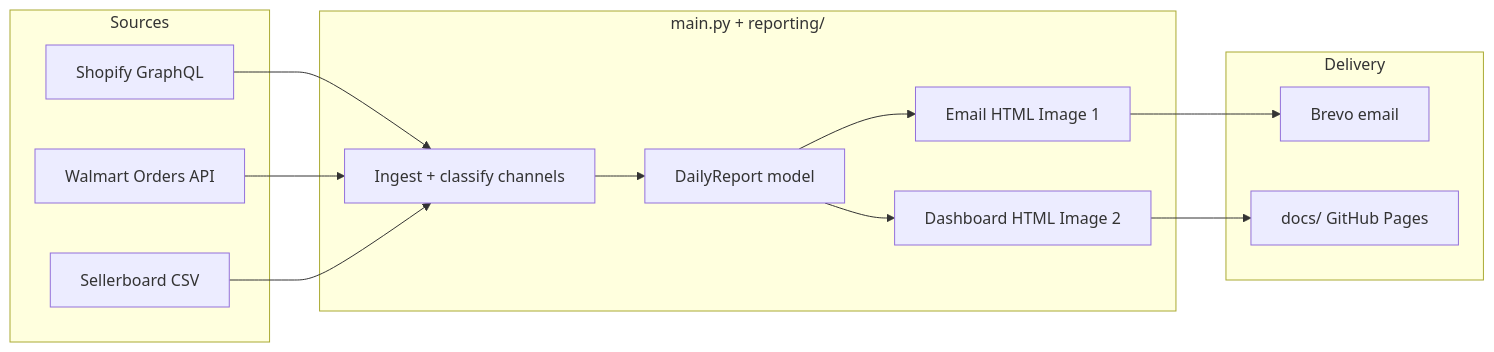
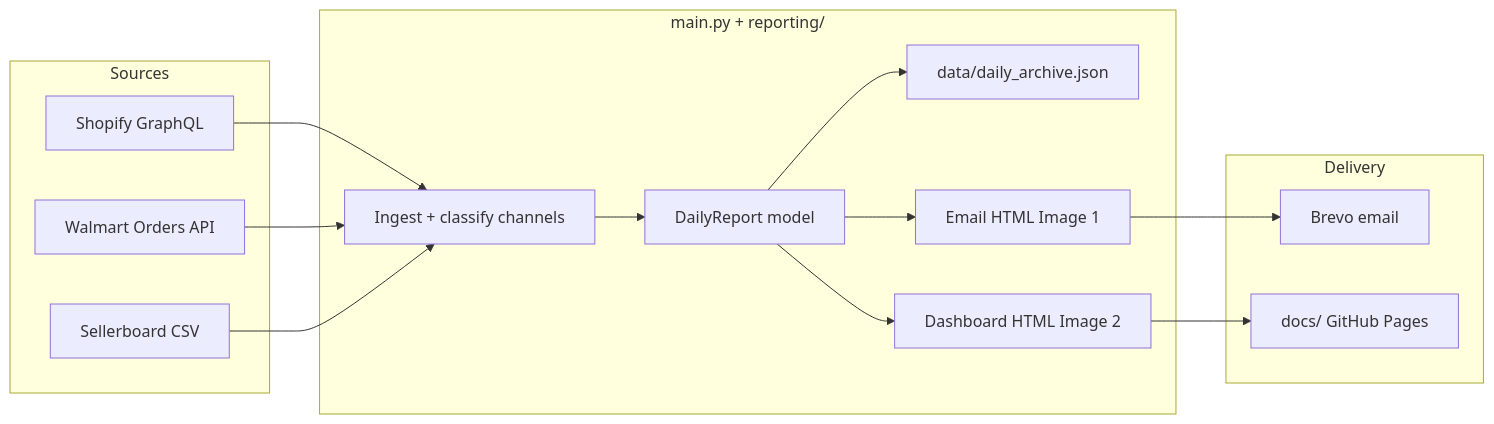
Before and after one commit to mg22mex/Daily-revenue-by-sales-platform: the diagram in README.md, drawn with Mermaid. The commit also changed other lines of this file and 6 other files, not shown here.

````diff
--- a/README.md
+++ b/README.md
@@ -27,26 +29,28 @@
 ```mermaid
 flowchart LR
   subgraph Sources
     S[Shopify GraphQL]
     W[Walmart Orders API]
     B[Sellerboard CSV]
   end
 
   subgraph Pipeline["main.py + reporting/"]
     I[Ingest + classify channels]
     M[DailyReport model]
+    A[data/daily_archive.json]
     E[Email HTML Image 1]
     D[Dashboard HTML Image 2]
   end
 
   subgraph Delivery
     Brevo[Brevo email]
     Pages["docs/ GitHub Pages"]
   end
 
   S --> I
   W --> I
   B --> I
-  I --> M --> E --> Brevo
+  I --> M --> A
+  M --> E --> Brevo
   M --> D --> Pages
 ```
````
